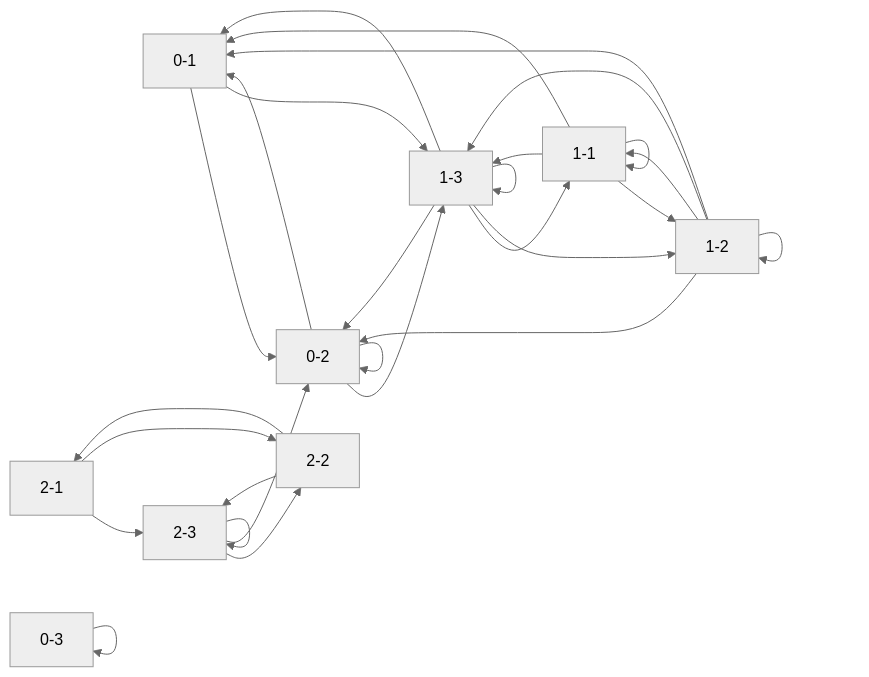
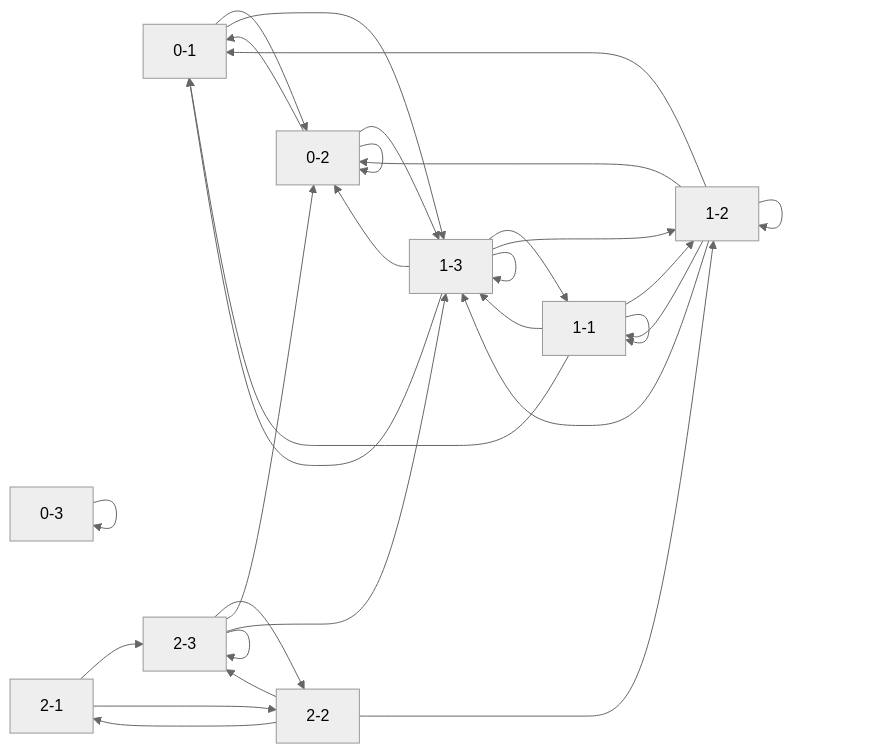
One commit to formkk/Ashport_Ourdream changed the diagram in tools/ref_graph.mmd. Above: the diagram before and after it, drawn with Mermaid (neutral theme). The commit also changed 12 other files, not shown here.

```diff
--- a/tools/ref_graph.mmd
+++ b/tools/ref_graph.mmd
@@ -1,40 +1,42 @@
 graph LR
     0-1["0-1"]
     0-2["0-2"]
     0-3["0-3"]
     1-1["1-1"]
     1-2["1-2"]
     1-3["1-3"]
     2-1["2-1"]
     2-2["2-2"]
     2-3["2-3"]
 
     0-1 --> 0-2
     0-1 --> 1-3
     0-2 --> 0-2
     0-2 --> 0-1
     0-2 --> 1-3
     0-3 --> 0-3
     1-1 --> 1-3
     1-1 --> 1-2
     1-1 --> 0-1
     1-1 --> 1-1
+    1-2 --> 1-3
+    1-2 --> 0-2
     1-2 --> 1-1
-    1-2 --> 1-3
     1-2 --> 0-1
-    1-2 --> 0-2
     1-2 --> 1-2
     1-3 --> 1-3
     1-3 --> 1-1
     1-3 --> 0-2
     1-3 --> 1-2
     1-3 --> 0-1
     2-1 --> 2-3
     2-1 --> 2-2
     2-2 --> 2-3
     2-2 --> 2-1
+    2-2 --> 1-2
     2-3 --> 2-3
     2-3 --> 2-2
     2-3 --> 0-2
+    2-3 --> 1-3
 
 %% 断链引用
```
